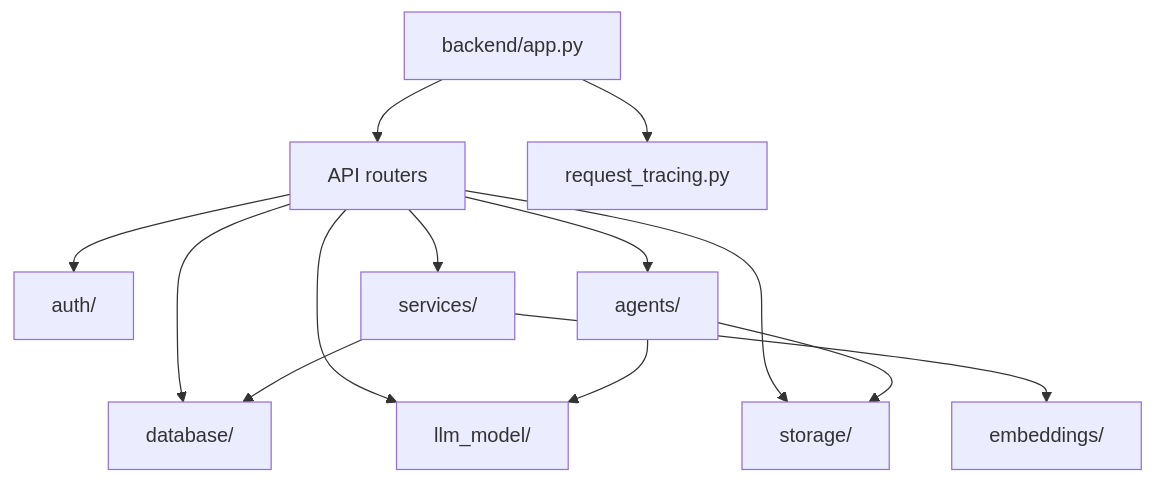
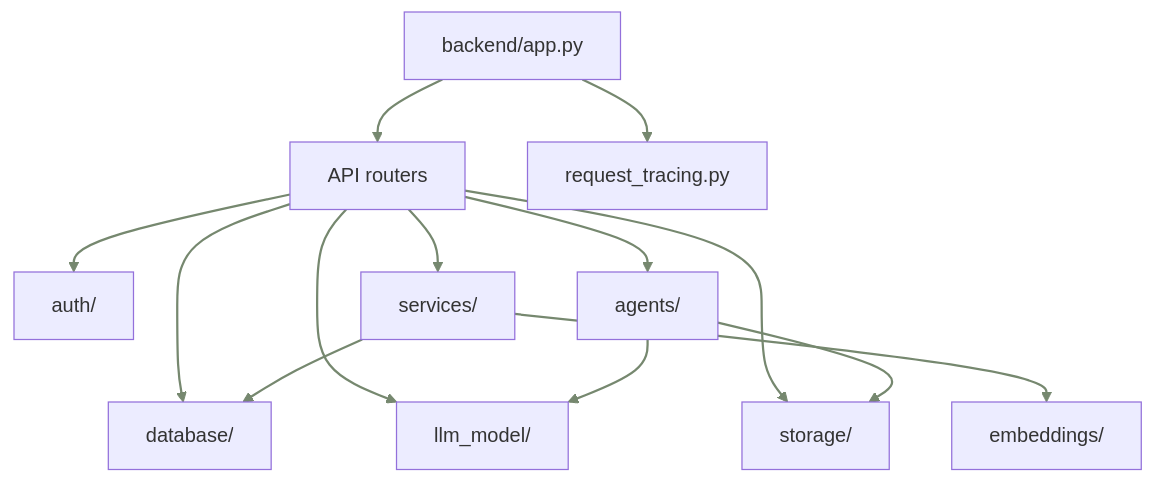
The fifth of 15 diagrams in README.md (SwekcchaCornicle/apnasathi-ai), drawn with Mermaid before and after one commit. The commit also changed other lines of this file, not shown here.

Commit message:
docs: style README diagrams with ApnaSathi palette and AWS icons

````diff
--- a/README.md
+++ b/README.md
@@ -477,25 +539,37 @@
 ```mermaid
 flowchart TB
+  classDef forest fill:#354a3b,stroke:#354a3b,color:#fbfaf7,stroke-width:2px;
+  classDef green fill:#405a46,stroke:#354a3b,color:#fbfaf7,stroke-width:1.8px;
+  classDef sage fill:#d5ddbd,stroke:#76886f,color:#252a23,stroke-width:1.5px;
+  classDef pale fill:#edf0e6,stroke:#647a63,color:#252a23,stroke-width:1.5px;
+  classDef sand fill:#f2e4d2,stroke:#d5a874,color:#252a23,stroke-width:1.5px;
+  classDef paper fill:#fbfaf7,stroke:#9a9a8f,color:#252a23,stroke-width:1.3px;
+  classDef external fill:#f2f1ed,stroke:#b5b4a9,color:#252a23,stroke-width:1.3px;
+  linkStyle default stroke:#76886f,stroke-width:1.8px;
+  class LLM sage;
+  class DB,EMB,STORAGE pale;
+  class AUTH sand;
+  class APP,ROUTERS,AGENTS,SERVICES,TRACE paper;
     APP[backend/app.py]
     ROUTERS[API routers]
     AUTH[auth/]
     DB[database/]
     LLM[llm_model/]
     EMB[embeddings/]
     AGENTS[agents/]
     SERVICES[services/]
     STORAGE[storage/]
     TRACE[request_tracing.py]
     APP --> ROUTERS
     APP --> TRACE
     ROUTERS --> AUTH
     ROUTERS --> DB
     ROUTERS --> LLM
     ROUTERS --> AGENTS
     ROUTERS --> SERVICES
     ROUTERS --> STORAGE
     SERVICES --> EMB
     SERVICES --> DB
     AGENTS --> LLM
     AGENTS --> STORAGE
 ```
````
